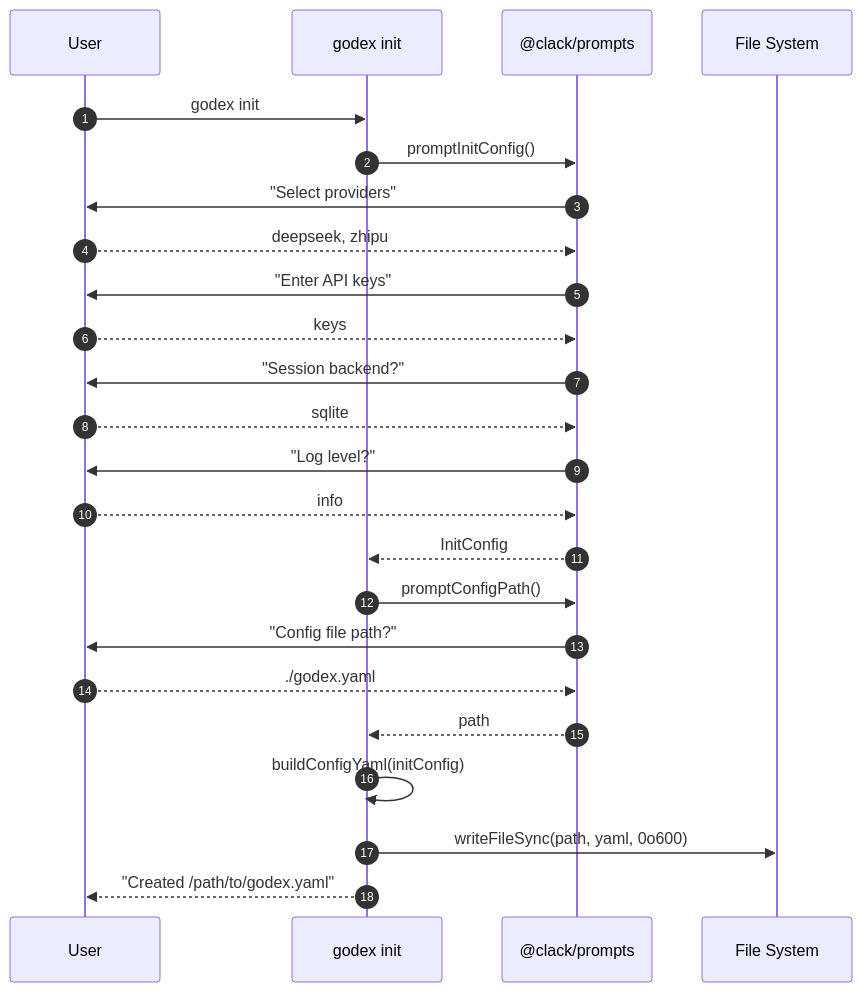
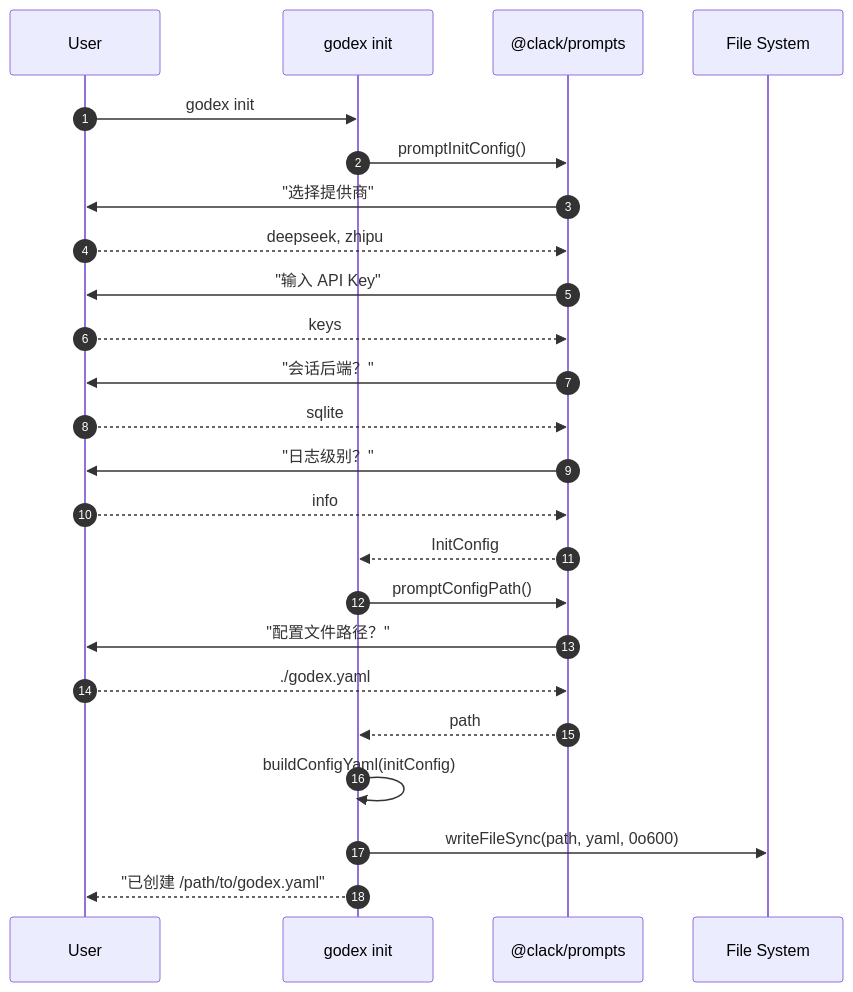
One commit to Ahoo-Wang/GodeX changed the second of 4 diagrams in wiki/zh/01-getting-started/quick-start.md. Above: the diagram before and after it, drawn with Mermaid. The commit also changed other lines of this file and 36 other files, not shown here.

````diff
--- a/wiki/zh/01-getting-started/quick-start.md
+++ b/wiki/zh/01-getting-started/quick-start.md
@@ -78,27 +78,27 @@
 ```mermaid
 sequenceDiagram
     autonumber
     participant User
     participant CLI as godex init
     participant Clack as @clack/prompts
     participant FS as File System
 
     User->>CLI: godex init
     CLI->>Clack: promptInitConfig()
-    Clack->>User: "Select providers"
+    Clack->>User: "选择提供商"
     User-->>Clack: deepseek, zhipu
-    Clack->>User: "Enter API keys"
+    Clack->>User: "输入 API Key"
     User-->>Clack: keys
-    Clack->>User: "Session backend?"
+    Clack->>User: "会话后端？"
     User-->>Clack: sqlite
-    Clack->>User: "Log level?"
+    Clack->>User: "日志级别？"
     User-->>Clack: info
     Clack-->>CLI: InitConfig
     CLI->>Clack: promptConfigPath()
-    Clack->>User: "Config file path?"
+    Clack->>User: "配置文件路径？"
     User-->>Clack: ./godex.yaml
     Clack-->>CLI: path
     CLI->>CLI: buildConfigYaml(initConfig)
     CLI->>FS: writeFileSync(path, yaml, 0o600)
-    CLI-->>User: "Created /path/to/godex.yaml"
+    CLI-->>User: "已创建 /path/to/godex.yaml"
 ```
````
